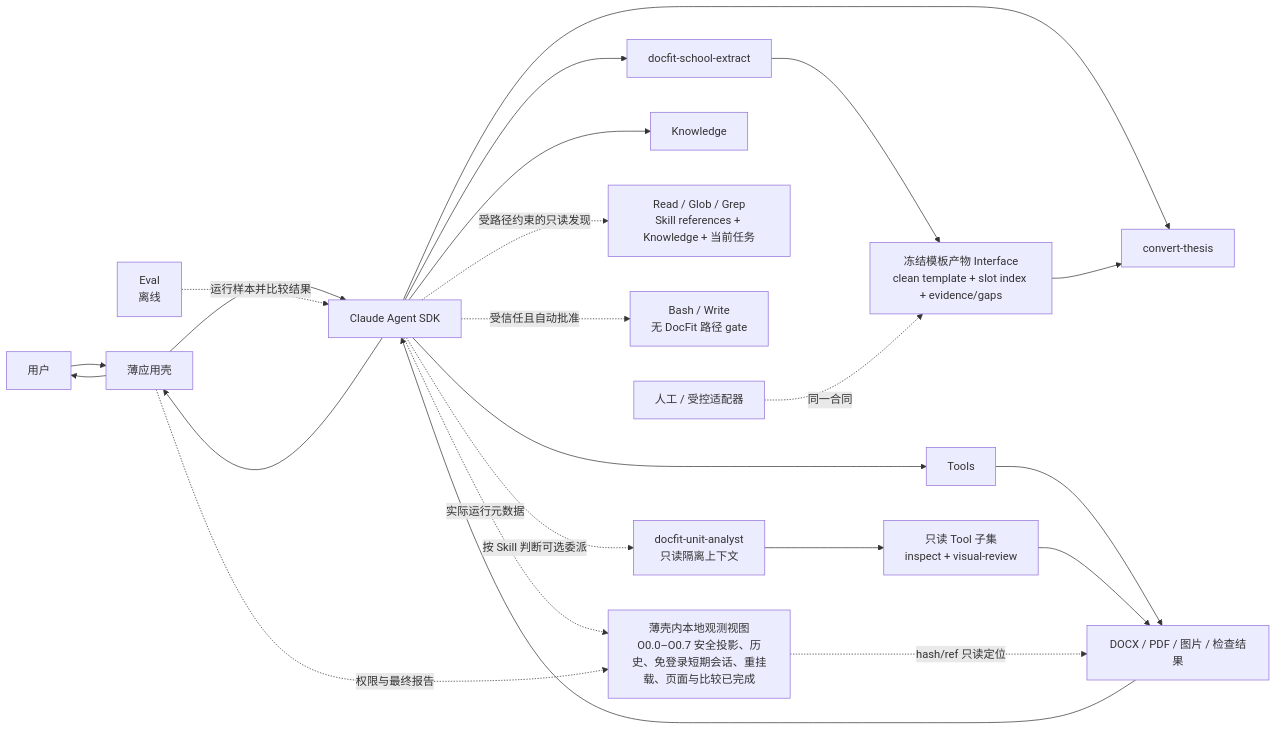
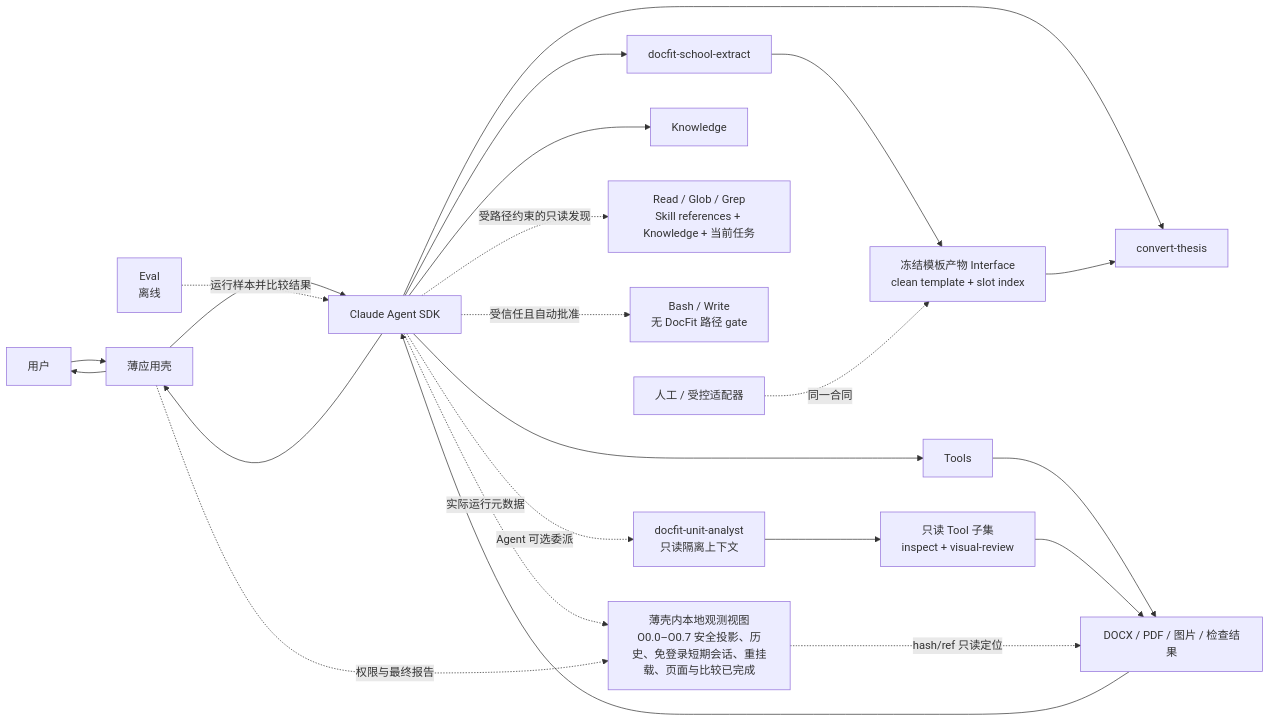
The diagram in docs/docfit-01-architecture-core.md (bamao88/0730), drawn with Mermaid before and after one commit. The commit also changed other lines of this file and 19 other files, not shown here.

Commit message:
docs: simplify school template skill contract

````diff
--- a/docs/docfit-01-architecture-core.md
+++ b/docs/docfit-01-architecture-core.md
@@ -100,25 +100,25 @@
 ```mermaid
 flowchart LR
     U["用户"] --> A["薄应用壳"]
     A --> SDK["Claude Agent SDK"]
     SDK --> S1["docfit-school-extract"]
     SDK --> S2["convert-thesis"]
-    S1 --> I["冻结模板产物 Interface<br/>clean template + slot index + evidence/gaps"]
+    S1 --> I["冻结模板产物 Interface<br/>clean template + slot index"]
     H["人工 / 受控适配器"] -.同一合同.-> I
     I --> S2
     SDK --> K["Knowledge"]
     SDK --> T["Tools"]
     SDK -."受路径约束的只读发现".-> R["Read / Glob / Grep<br/>Skill references + Knowledge + 当前任务"]
     SDK -."受信任且自动批准".-> W["Bash / Write<br/>无 DocFit 路径 gate"]
-    SDK -."按 Skill 判断可选委派".-> SA["docfit-unit-analyst<br/>只读隔离上下文"]
+    SDK -."Agent 可选委派".-> SA["docfit-unit-analyst<br/>只读隔离上下文"]
     SA --> RT["只读 Tool 子集<br/>inspect + visual-review"]
     T --> F["DOCX / PDF / 图片 / 检查结果"]
     RT --> F
     F --> SDK
     SDK --> A
     A --> U
     SDK -."实际运行元数据".-> O["薄壳内本地观测视图<br/>O0.0–O0.7 安全投影、历史、免登录短期会话、重挂载、页面与比较已完成"]
     A -."权限与最终报告".-> O
     O -."hash/ref 只读定位".-> F
     E["Eval<br/>离线"] -.运行样本并比较结果.-> SDK
 ```
````
